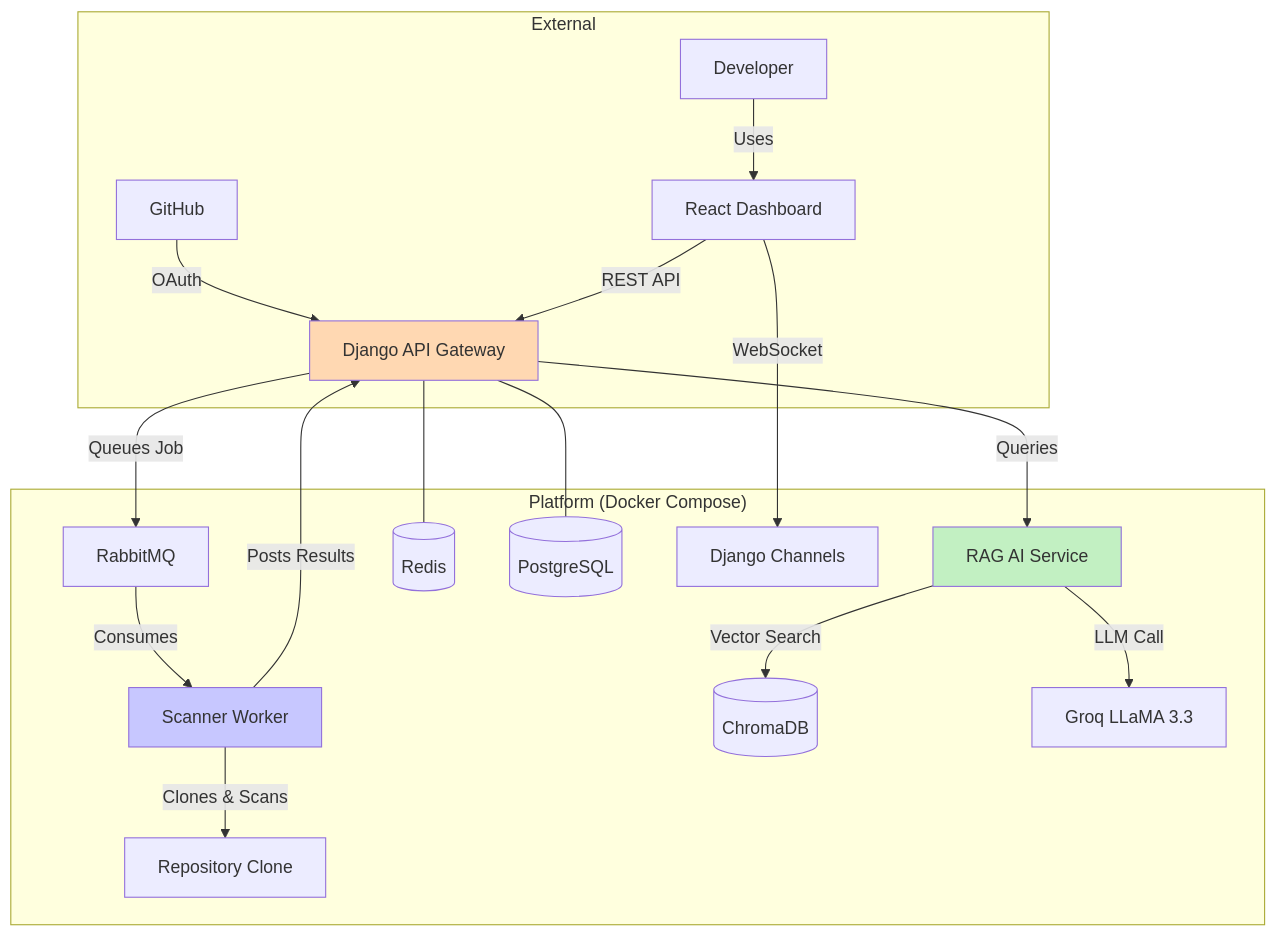
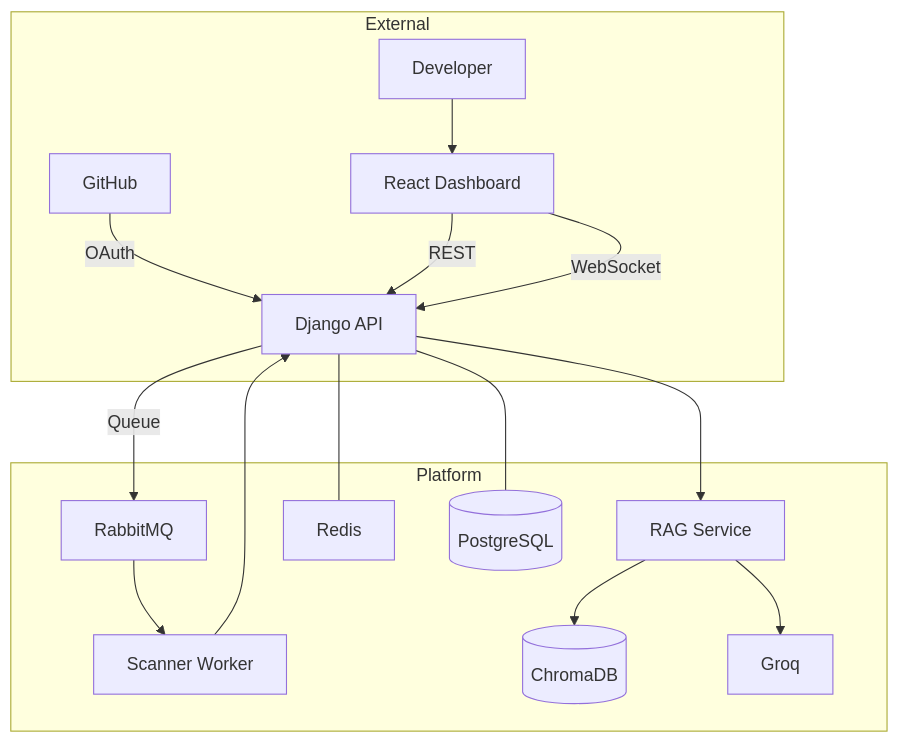
One commit to ShabasRahman7/SecuredHub changed the diagram in README.md. Above: the diagram before and after it, drawn with Mermaid. The commit also changed other lines of this file and 37 other files, not shown here.

````diff
--- a/README.md
+++ b/README.md
@@ -68,25 +24,20 @@
 ```mermaid
 graph TB
-    subgraph "External"
+    subgraph External
         GH[GitHub] -- OAuth --> API
-        Dev[Developer] -- Uses --> FE[React Dashboard]
+        Dev[Developer] --> FE[React Dashboard]
     end
 
-    subgraph "Platform (Docker Compose)"
-        FE -- REST API --> API[Django API Gateway]
-        API -- Queues Job --> MQ[RabbitMQ]
-        MQ -- Consumes --> Worker[Scanner Worker]
-        Worker -- Clones & Scans --> Code[Repository Clone]
-        Worker -- Posts Results --> API
-        API -- Queries --> RAG[RAG AI Service]
-        RAG -- Vector Search --> VDB[(ChromaDB)]
-        RAG -- LLM Call --> LLM[Groq LLaMA 3.3]
-        API --- Redis[(Redis)]
+    subgraph Platform
+        FE -- REST --> API[Django API]
+        API -- Queue --> MQ[RabbitMQ]
+        MQ --> Worker[Scanner Worker]
+        Worker --> API
+        API --> RAG[RAG Service]
+        RAG --> VDB[(ChromaDB)]
+        RAG --> LLM[Groq]
+        API --- Redis
         API --- DB[(PostgreSQL)]
-        FE -- WebSocket --> WS[Django Channels]
+        FE -- WebSocket --> API
     end
-
-    style API fill:#ffd8b2
-    style Worker fill:#c7c7ff
-    style RAG fill:#c2f0c2
 ```
````
